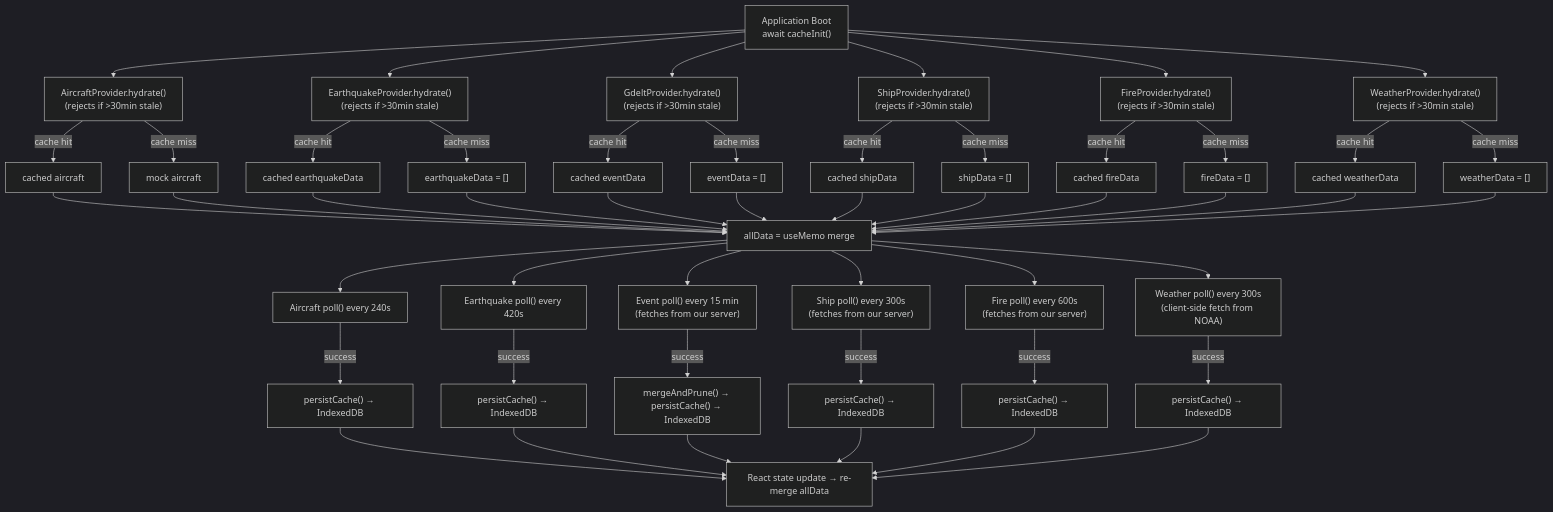
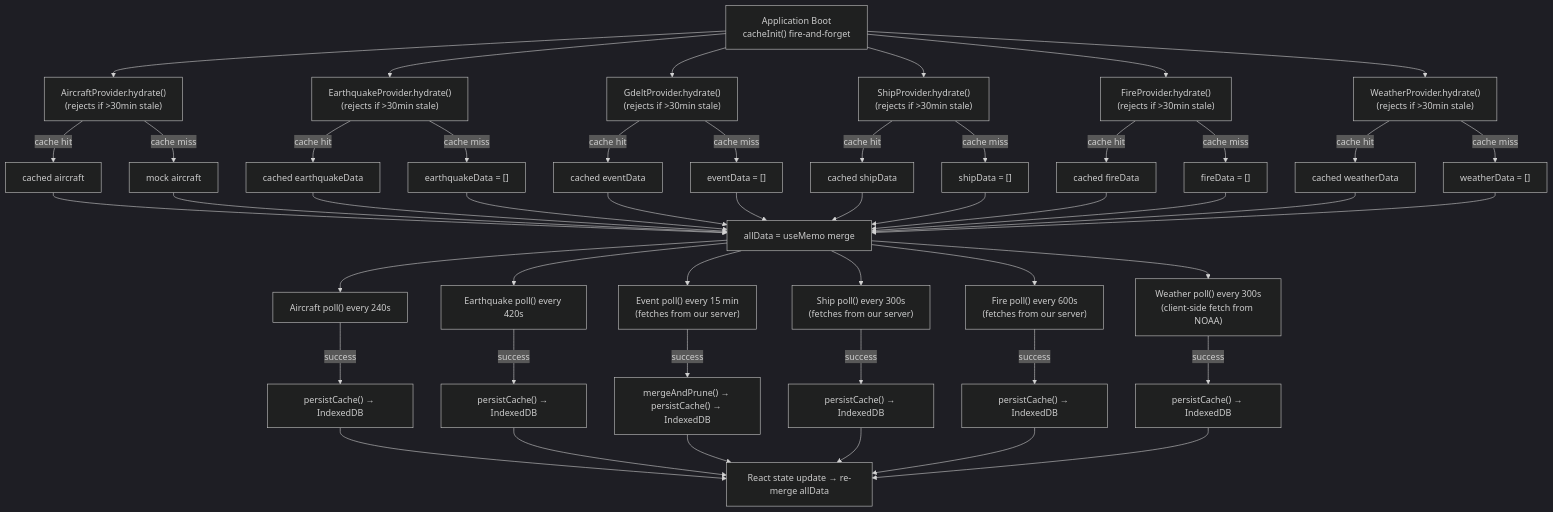
The first of 4 diagrams in docs/data-flow.md (iiTONELOC/sigint), drawn with Mermaid (dark theme) before and after one commit. The commit also changed other lines of this file and 32 other files, not shown here.

````diff
--- a/docs/data-flow.md
+++ b/docs/data-flow.md
@@ -61,61 +61,61 @@
 ```mermaid
 flowchart TD
-    Boot["Application Boot<br/>await cacheInit()"] --> HydrateAC["AircraftProvider.hydrate()<br/>(rejects if >30min stale)"]
+    Boot["Application Boot<br/>cacheInit() fire-and-forget"] --> HydrateAC["AircraftProvider.hydrate()<br/>(rejects if >30min stale)"]
     Boot --> HydrateEQ["EarthquakeProvider.hydrate()<br/>(rejects if >30min stale)"]
     Boot --> HydrateEV["GdeltProvider.hydrate()<br/>(rejects if >30min stale)"]
     Boot --> HydrateSH["ShipProvider.hydrate()<br/>(rejects if >30min stale)"]
     Boot --> HydrateFI["FireProvider.hydrate()<br/>(rejects if >30min stale)"]
     Boot --> HydrateWX["WeatherProvider.hydrate()<br/>(rejects if >30min stale)"]
 
     HydrateAC -->|"cache hit"| CachedAC["cached aircraft"]
     HydrateAC -->|"cache miss"| MockFallback["mock aircraft"]
 
     HydrateEQ -->|"cache hit"| CachedEQ["cached earthquakeData"]
     HydrateEQ -->|"cache miss"| EmptyEQ["earthquakeData = []"]
 
     HydrateEV -->|"cache hit"| CachedEV["cached eventData"]
     HydrateEV -->|"cache miss"| EmptyEV["eventData = []"]
 
     HydrateSH -->|"cache hit"| CachedSH["cached shipData"]
     HydrateSH -->|"cache miss"| EmptySH["shipData = []"]
 
     HydrateFI -->|"cache hit"| CachedFI["cached fireData"]
     HydrateFI -->|"cache miss"| EmptyFI["fireData = []"]
 
     HydrateWX -->|"cache hit"| CachedWX["cached weatherData"]
     HydrateWX -->|"cache miss"| EmptyWX["weatherData = []"]
 
     CachedAC --> AllData["allData = useMemo merge"]
     MockFallback --> AllData
     CachedEQ --> AllData
     EmptyEQ --> AllData
     CachedEV --> AllData
     EmptyEV --> AllData
     CachedSH --> AllData
     EmptySH --> AllData
     CachedFI --> AllData
     EmptyFI --> AllData
     CachedWX --> AllData
     EmptyWX --> AllData
 
     AllData --> PollAC["Aircraft poll() every 240s"]
     AllData --> PollEQ["Earthquake poll() every 420s"]
     AllData --> PollEV["Event poll() every 15 min<br/>(fetches from our server)"]
     AllData --> PollSH["Ship poll() every 300s<br/>(fetches from our server)"]
     AllData --> PollFI["Fire poll() every 600s<br/>(fetches from our server)"]
     AllData --> PollWX["Weather poll() every 300s<br/>(client-side fetch from NOAA)"]
 
     PollAC -->|"success"| PersistAC["persistCache() → IndexedDB"]
     PollEQ -->|"success"| PersistEQ["persistCache() → IndexedDB"]
     PollEV -->|"success"| PersistEV["mergeAndPrune() → persistCache() → IndexedDB"]
     PollSH -->|"success"| PersistSH["persistCache() → IndexedDB"]
     PollFI -->|"success"| PersistFI["persistCache() → IndexedDB"]
     PollWX -->|"success"| PersistWX["persistCache() → IndexedDB"]
 
     PersistAC --> SetState["React state update → re-merge allData"]
     PersistEQ --> SetState
     PersistEV --> SetState
     PersistSH --> SetState
     PersistFI --> SetState
     PersistWX --> SetState
 ```
````
